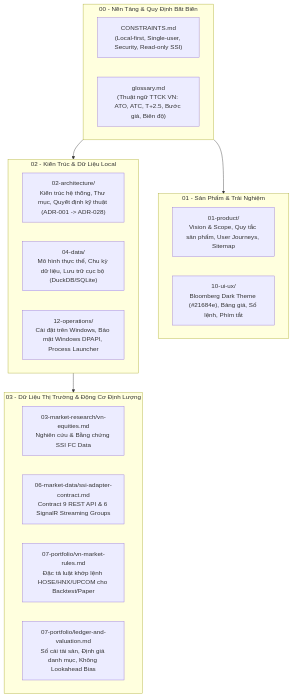
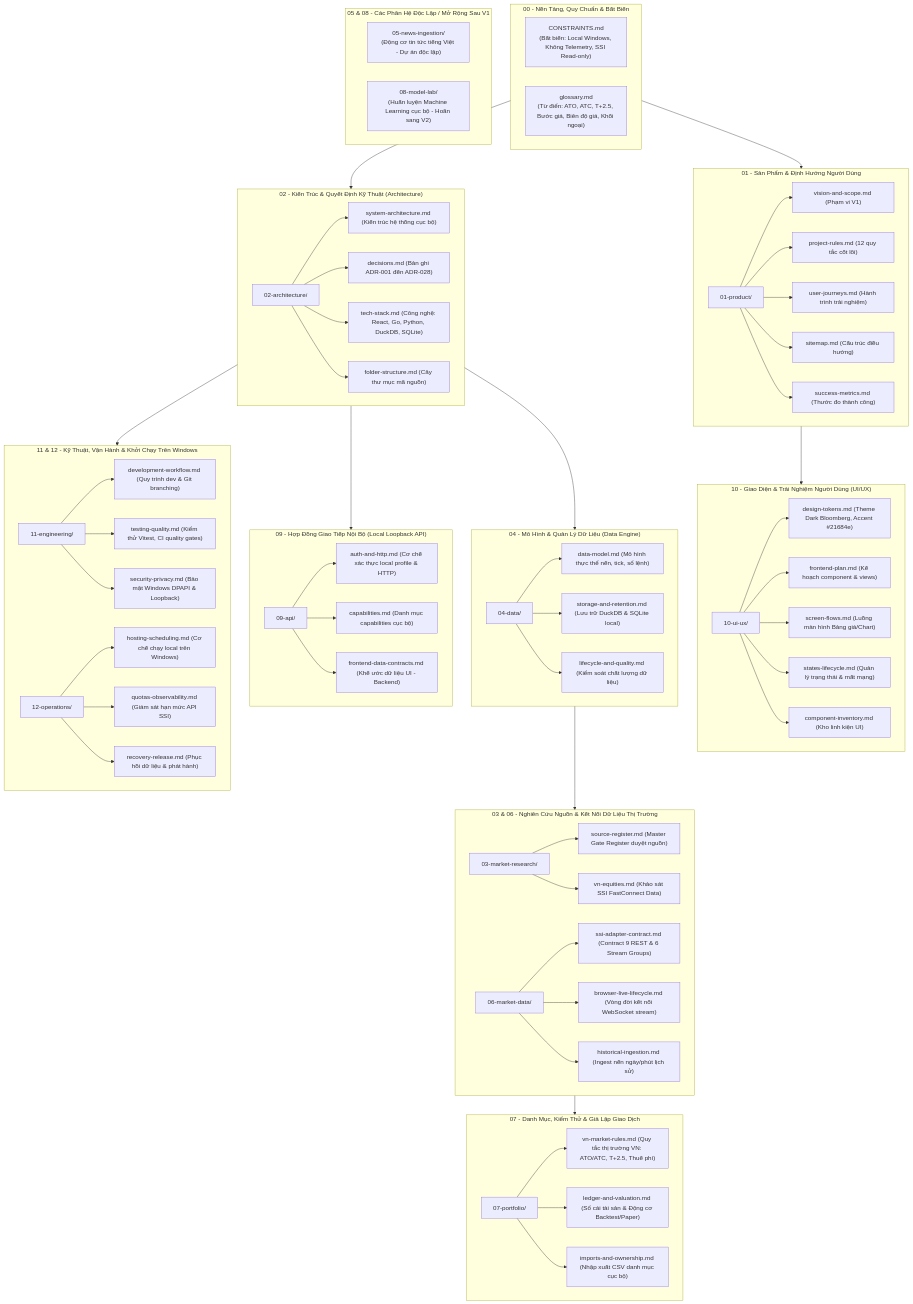
Before and after one commit to ryantr-statinops/lattice-terminal: the diagram in docs/README.md, drawn with Mermaid. The commit also changed other lines of this file, not shown here.

Commit message:
docs: expand architecture map in README.md to cover all 12 modules

````diff
--- a/docs/README.md
+++ b/docs/README.md
@@ -12,29 +12,91 @@
 ```mermaid
 flowchart TD
-    subgraph Core ["00 - Nền Tảng & Quy Định Bất Biến"]
-        A["CONSTRAINTS.md<br/>(Local-first, Single-user, Security, Read-only SSI)"]
-        B["glossary.md<br/>(Thuật ngữ TTCK VN: ATO, ATC, T+2.5, Bước giá, Biên độ)"]
+    subgraph Foundation ["00 - Nền Tảng, Quy Chuẩn & Bất Biến"]
+        C_CONST["CONSTRAINTS.md<br/>(Bất biến: Local Windows, Không Telemetry, SSI Read-only)"]
+        C_GLOSS["glossary.md<br/>(Từ điển: ATO, ATC, T+2.5, Bước giá, Biên độ giá, Khối ngoại)"]
     end
 
-    subgraph Product ["01 - Sản Phẩm & Trải Nghiệm"]
-        C["01-product/<br/>Vision & Scope, Quy tắc sản phẩm, User Journeys, Sitemap"]
-        D["10-ui-ux/<br/>Bloomberg Dark Theme (#21684e), Bảng giá, Sổ lệnh, Phím tắt"]
+    subgraph ProductLayer ["01 - Sản Phẩm & Định Hướng Người Dùng"]
+        P_DIR["01-product/"]
+        P_DIR --> P1["vision-and-scope.md (Phạm vi V1)"]
+        P_DIR --> P2["project-rules.md (12 quy tắc cốt lõi)"]
+        P_DIR --> P3["user-journeys.md (Hành trình trải nghiệm)"]
+        P_DIR --> P4["sitemap.md (Cấu trúc điều hướng)"]
+        P_DIR --> P5["success-metrics.md (Thước đo thành công)"]
     end
 
-    subgraph Architecture ["02 - Kiến Trúc & Dữ Liệu Local"]
-        E["02-architecture/<br/>Kiến trúc hệ thống, Thư mục, Quyết định kỹ thuật (ADR-001 -> ADR-028)"]
-        F["04-data/<br/>Mô hình thực thể, Chu kỳ dữ liệu, Lưu trữ cục bộ (DuckDB/SQLite)"]
-        G["12-operations/<br/>Cài đặt trên Windows, Bảo mật Windows DPAPI, Process Launcher"]
+    subgraph UILayer ["10 - Giao Diện & Trải Nghiệm Người Dùng (UI/UX)"]
+        UI_DIR["10-ui-ux/"]
+        UI_DIR --> UI1["design-tokens.md (Theme Dark Bloomberg, Accent #21684e)"]
+        UI_DIR --> UI2["frontend-plan.md (Kế hoạch component & views)"]
+        UI_DIR --> UI3["screen-flows.md (Luồng màn hình Bảng giá/Chart)"]
+        UI_DIR --> UI4["states-lifecycle.md (Quản lý trạng thái & mất mạng)"]
+        UI_DIR --> UI5["component-inventory.md (Kho linh kiện UI)"]
     end
 
-    subgraph MarketQuant ["03 - Dữ Liệu Thị Trường & Động Cơ Định Lượng"]
-        H["03-market-research/vn-equities.md<br/>Nghiên cứu & Bằng chứng SSI FC Data"]
-        I["06-market-data/ssi-adapter-contract.md<br/>Contract 9 REST API & 6 SignalR Streaming Groups"]
-        J["07-portfolio/vn-market-rules.md<br/>Đặc tả luật khớp lệnh HOSE/HNX/UPCOM cho Backtest/Paper"]
-        K["07-portfolio/ledger-and-valuation.md<br/>Sổ cái tài sản, Định giá danh mục, Không Lookahead Bias"]
+    subgraph ArchLayer ["02 - Kiến Trúc & Quyết Định Kỹ Thuật (Architecture)"]
+        A_DIR["02-architecture/"]
+        A_DIR --> A1["system-architecture.md (Kiến trúc hệ thống cục bộ)"]
+        A_DIR --> A2["decisions.md (Bản ghi ADR-001 đến ADR-028)"]
+        A_DIR --> A3["tech-stack.md (Công nghệ: React, Go, Python, DuckDB, SQLite)"]
+        A_DIR --> A4["folder-structure.md (Cây thư mục mã nguồn)"]
     end
 
-    Core --> Product
-    Core --> Architecture
-    Architecture --> MarketQuant
+    subgraph DataLayer ["04 - Mô Hình & Quản Lý Dữ Liệu (Data Engine)"]
+        D_DIR["04-data/"]
+        D_DIR --> D1["data-model.md (Mô hình thực thể nến, tick, sổ lệnh)"]
+        D_DIR --> D2["storage-and-retention.md (Lưu trữ DuckDB & SQLite local)"]
+        D_DIR --> D3["lifecycle-and-quality.md (Kiểm soát chất lượng dữ liệu)"]
+    end
+
+    subgraph MarketLayer ["03 & 06 - Nghiên Cứu Nguồn & Kết Nối Dữ Liệu Thị Trường"]
+        M3["03-market-research/"]
+        M3 --> M3_1["source-register.md (Master Gate Register duyệt nguồn)"]
+        M3 --> M3_2["vn-equities.md (Khảo sát SSI FastConnect Data)"]
+        
+        M6["06-market-data/"]
+        M6 --> M6_1["ssi-adapter-contract.md (Contract 9 REST & 6 Stream Groups)"]
+        M6 --> M6_2["browser-live-lifecycle.md (Vòng đời kết nối WebSocket stream)"]
+        M6 --> M6_3["historical-ingestion.md (Ingest nến ngày/phút lịch sử)"]
+    end
+
+    subgraph PortfolioLayer ["07 - Danh Mục, Kiểm Thử & Giả Lập Giao Dịch"]
+        PORT["07-portfolio/"]
+        PORT --> PORT1["vn-market-rules.md (Quy tắc thị trường VN: ATO/ATC, T+2.5, Thuế phí)"]
+        PORT --> PORT2["ledger-and-valuation.md (Sổ cái tài sản & Động cơ Backtest/Paper)"]
+        PORT --> PORT3["imports-and-ownership.md (Nhập xuất CSV danh mục cục bộ)"]
+    end
+
+    subgraph InternalAPI ["09 - Hợp Đồng Giao Tiếp Nội Bộ (Local Loopback API)"]
+        API_DIR["09-api/"]
+        API_DIR --> API1["auth-and-http.md (Cơ chế xác thực local profile & HTTP)"]
+        API_DIR --> API2["capabilities.md (Danh mục capabilities cục bộ)"]
+        API_DIR --> API3["frontend-data-contracts.md (Khế ước dữ liệu UI - Backend)"]
+    end
+
+    subgraph OpsEng ["11 & 12 - Kỹ Thuật, Vận Hành & Khởi Chạy Trên Windows"]
+        ENG["11-engineering/"]
+        ENG --> ENG1["development-workflow.md (Quy trình dev & Git branching)"]
+        ENG --> ENG2["testing-quality.md (Kiểm thử Vitest, CI quality gates)"]
+        ENG --> ENG3["security-privacy.md (Bảo mật Windows DPAPI & Loopback)"]
+
+        OPS["12-operations/"]
+        OPS --> OPS1["hosting-scheduling.md (Cơ chế chạy local trên Windows)"]
+        OPS --> OPS2["quotas-observability.md (Giám sát hạn mức API SSI)"]
+        OPS --> OPS3["recovery-release.md (Phục hồi dữ liệu & phát hành)"]
+    end
+
+    subgraph StandaloneStreams ["05 & 08 - Các Phân Hệ Độc Lập / Mở Rộng Sau V1"]
+        N5["05-news-ingestion/<br/>(Động cơ tin tức tiếng Việt - Dự án độc lập)"]
+        M8["08-model-lab/<br/>(Huấn luyện Machine Learning cục bộ - Hoãn sang V2)"]
+    end
+
+    Foundation --> ProductLayer
+    Foundation --> ArchLayer
+    ProductLayer --> UILayer
+    ArchLayer --> DataLayer
+    ArchLayer --> InternalAPI
+    DataLayer --> MarketLayer
+    MarketLayer --> PortfolioLayer
+    ArchLayer --> OpsEng
 ```
````
